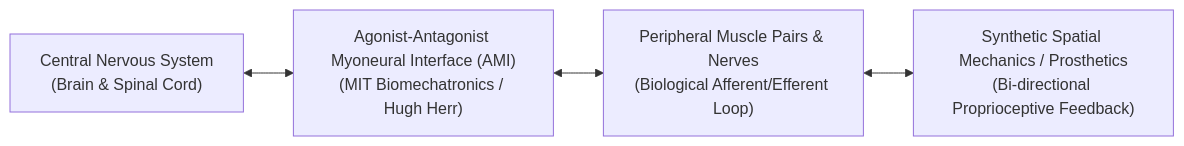
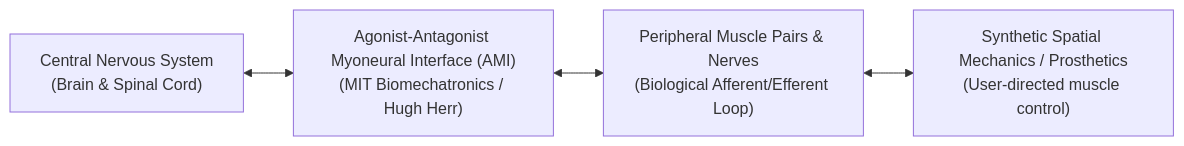
Before and after one commit to caraya/astro-blog2: the sixth of 6 diagrams in src/content/blog/scifi-realities.md, drawn with Mermaid. The commit also changed other lines of this file and 7 other files, not shown here.

````diff
--- a/src/content/blog/scifi-realities.md
+++ b/src/content/blog/scifi-realities.md
@@ -204,7 +204,7 @@
 ```mermaid
 flowchart LR
     Brain["Central Nervous System<br/>(Brain & Spinal Cord)"]
     <--> AMI["Agonist-Antagonist Myoneural Interface (AMI)<br/>(MIT Biomechatronics / Hugh Herr)"]
     <--> PeripheralNerves["Peripheral Muscle Pairs & Nerves<br/>(Biological Afferent/Efferent Loop)"]
-    <--> SyntheticLimbs["Synthetic Spatial Mechanics / Prosthetics<br/>(Bi-directional Proprioceptive Feedback)"]
+    <--> SyntheticLimbs["Synthetic Spatial Mechanics / Prosthetics<br/>(User-directed muscle control)"]
 ```
````
